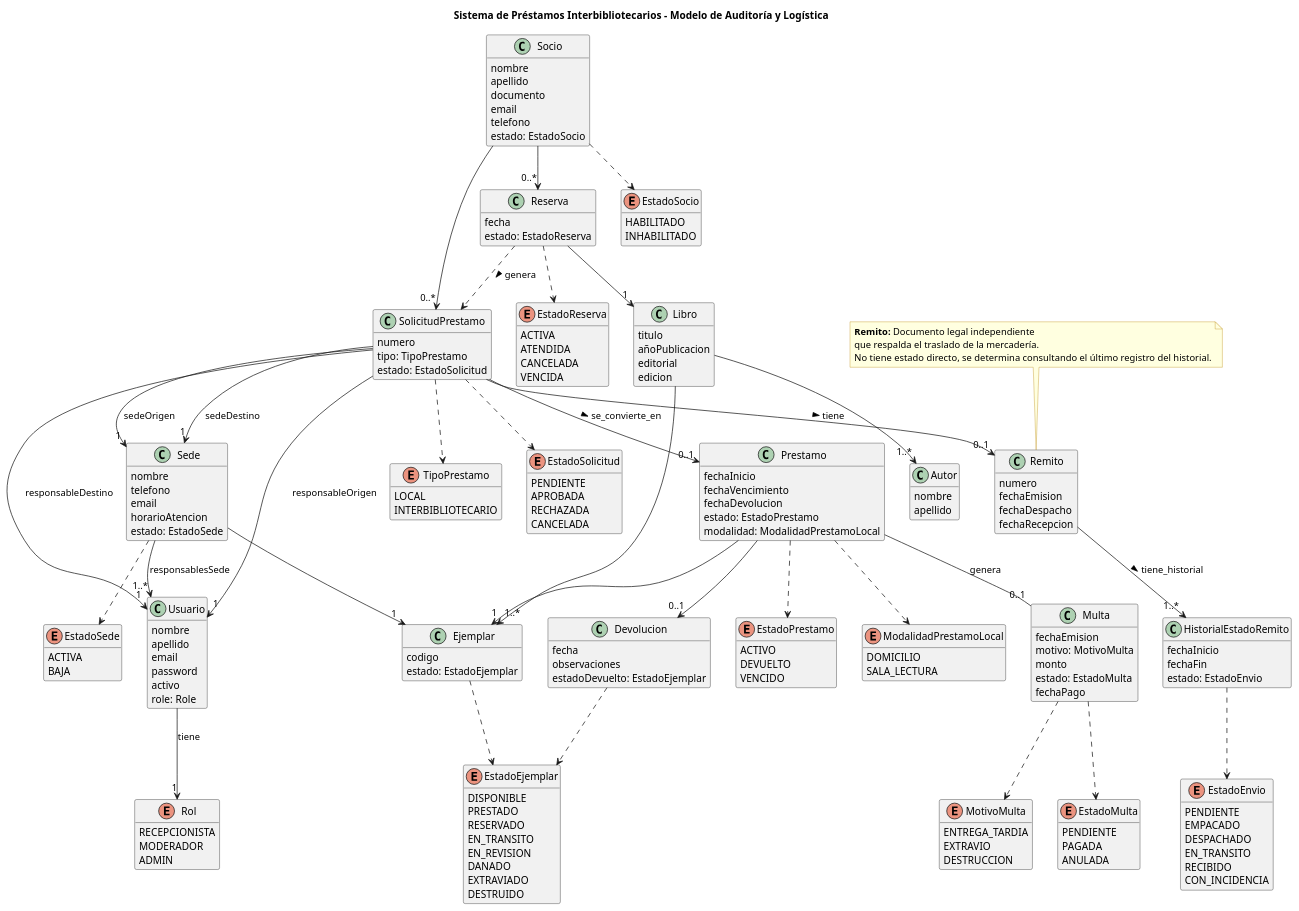
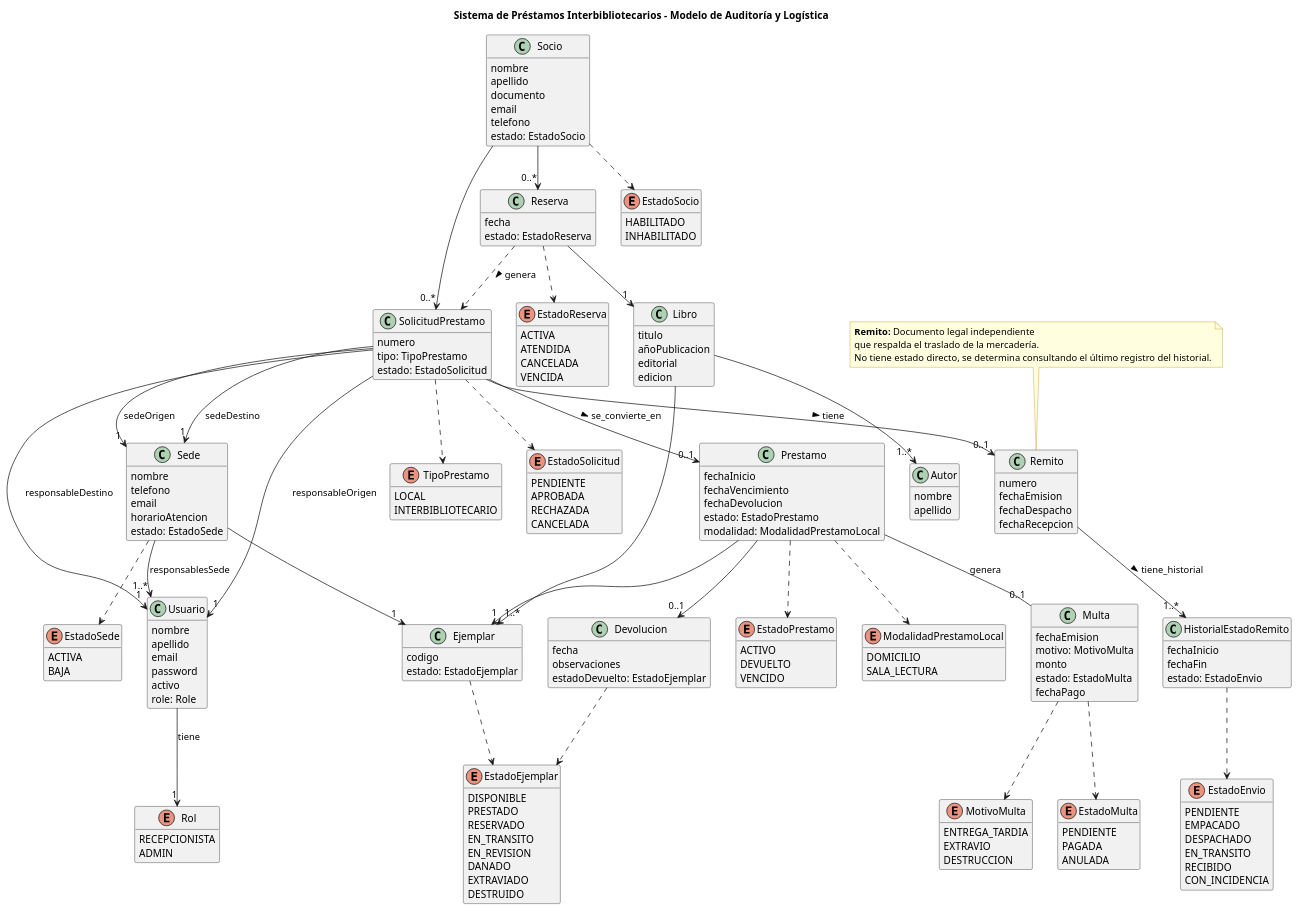
The diagram in documentation/domain-class.puml (anadruetta29/tpi-dao-2026), drawn with PlantUML before and after one commit. The commit also changed 50 other files, not shown here.

```diff
--- a/documentation/domain-class.puml
+++ b/documentation/domain-class.puml
@@ -12,7 +12,6 @@
 
 enum Rol {
     RECEPCIONISTA
-    MODERADOR
     ADMIN
 }
 
```
